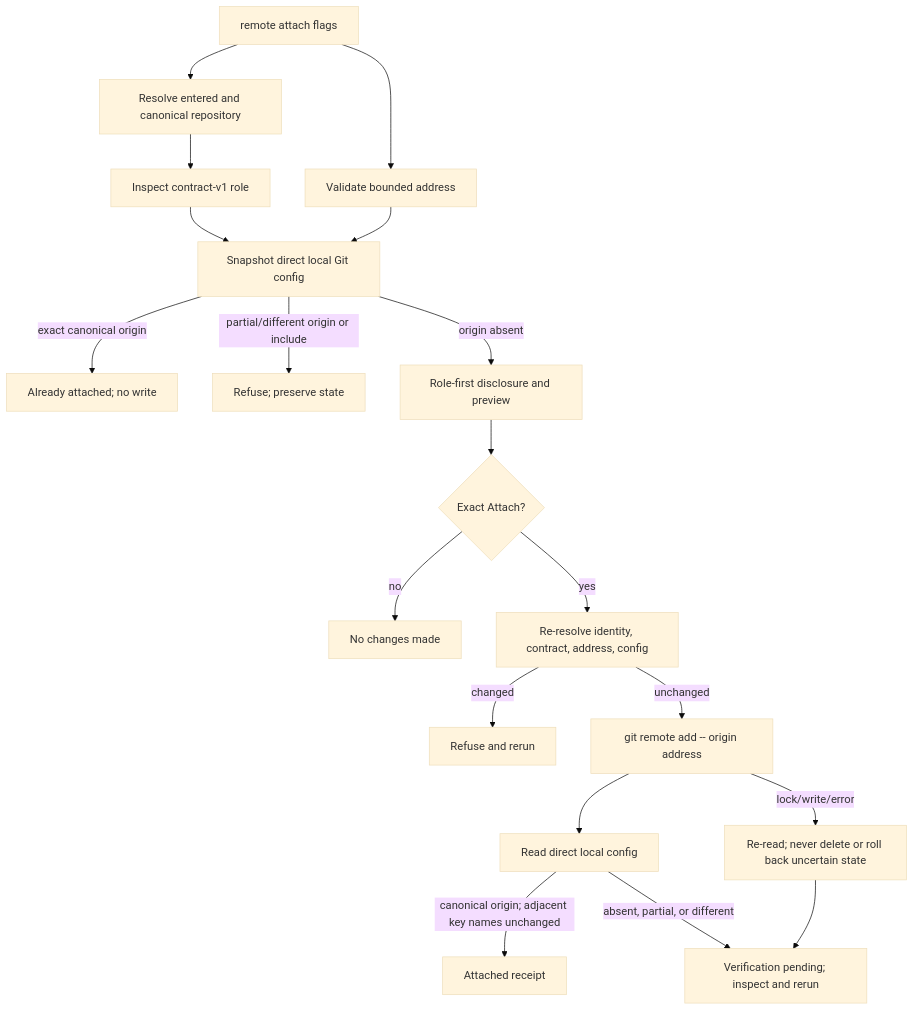
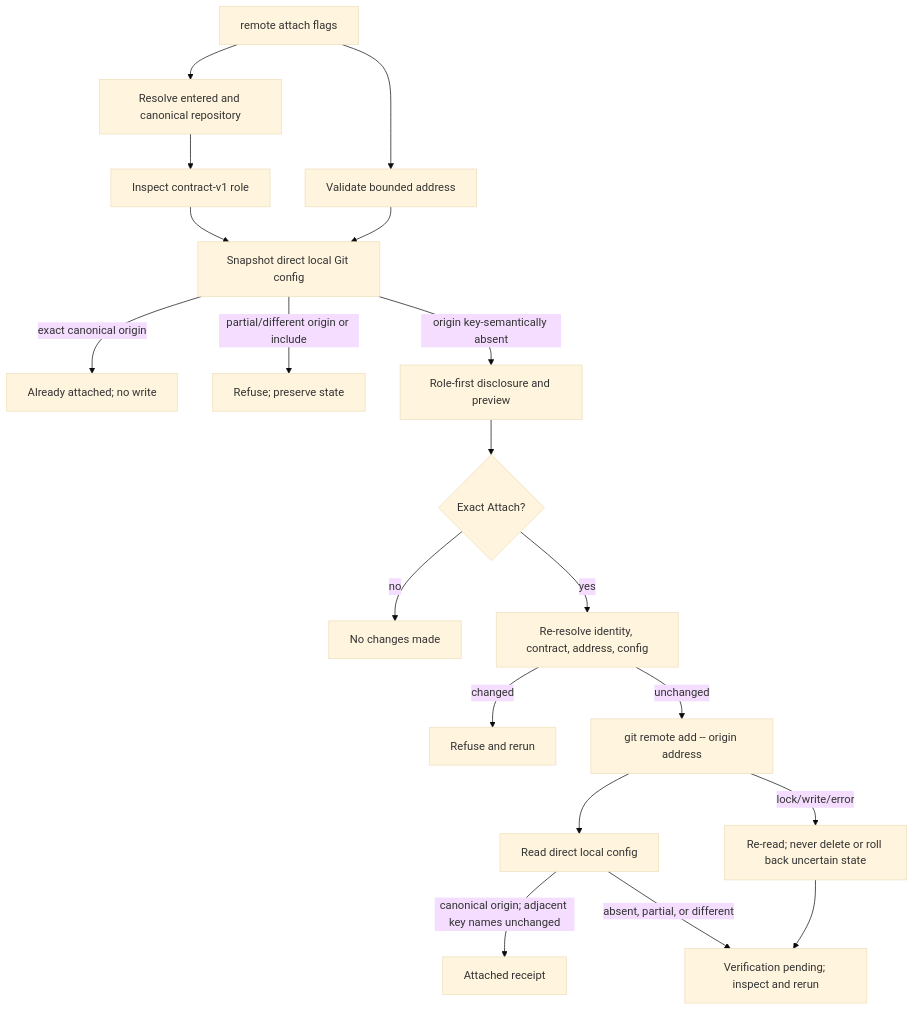
One commit to acoz-labs/my-friday changed the diagram in docs/plans/7-attach-generic-remote/03-design.md. Above: the diagram before and after it, drawn with Mermaid (base theme). The commit also changed other lines of this file and 5 other files, not shown here.

````diff
--- a/docs/plans/7-attach-generic-remote/03-design.md
+++ b/docs/plans/7-attach-generic-remote/03-design.md
@@ -5,21 +5,21 @@
 ```mermaid
 flowchart TD
   CLI[remote attach flags] --> ADDR[Validate bounded address]
   CLI --> PATH[Resolve entered and canonical repository]
   PATH --> CONTRACT[Inspect contract-v1 role]
   CONTRACT --> SNAP[Snapshot direct local Git config]
   ADDR --> SNAP
   SNAP -->|exact canonical origin| ALREADY[Already attached; no write]
   SNAP -->|partial/different origin or include| COLLIDE[Refuse; preserve state]
-  SNAP -->|origin absent| PREVIEW[Role-first disclosure and preview]
+  SNAP -->|origin key-semantically absent| PREVIEW[Role-first disclosure and preview]
   PREVIEW --> CONFIRM{Exact Attach?}
   CONFIRM -->|no| EXIT[No changes made]
   CONFIRM -->|yes| RECHECK[Re-resolve identity, contract, address, config]
   RECHECK -->|changed| RACE[Refuse and rerun]
   RECHECK -->|unchanged| GIT[git remote add -- origin address]
   GIT --> READBACK[Read direct local config]
   READBACK -->|canonical origin; adjacent key names unchanged| RECEIPT[Attached receipt]
   READBACK -->|absent, partial, or different| PENDING[Verification pending; inspect and rerun]
   GIT -->|lock/write/error| DIAG[Re-read; never delete or roll back uncertain state]
   DIAG --> PENDING
 ```
````
